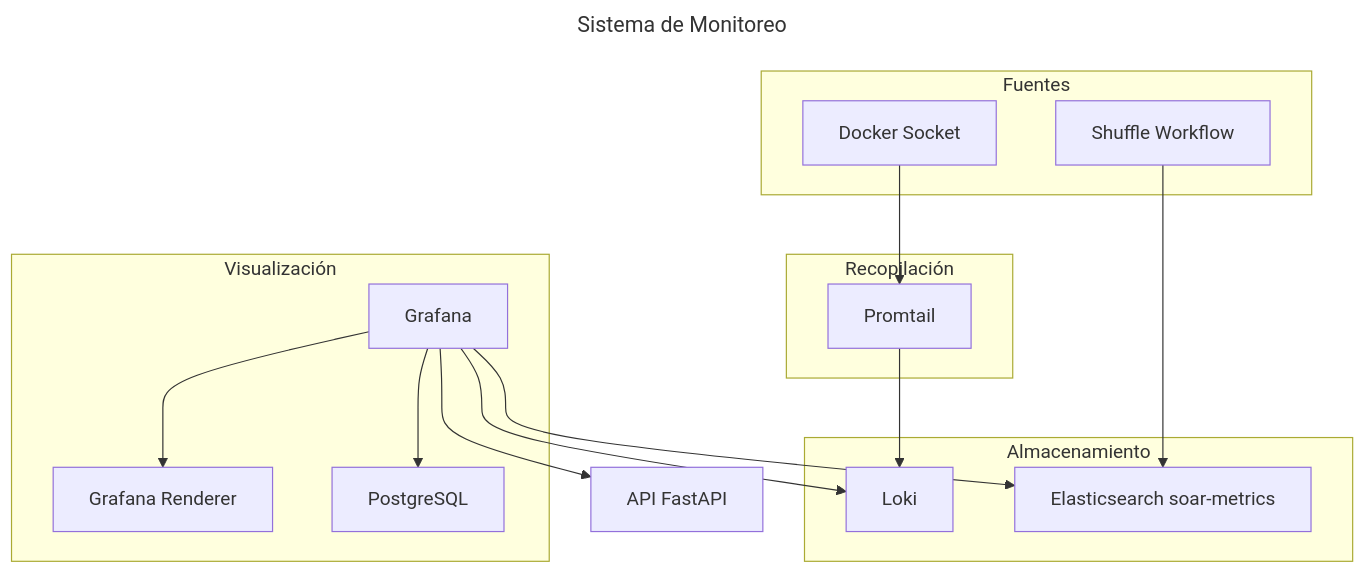
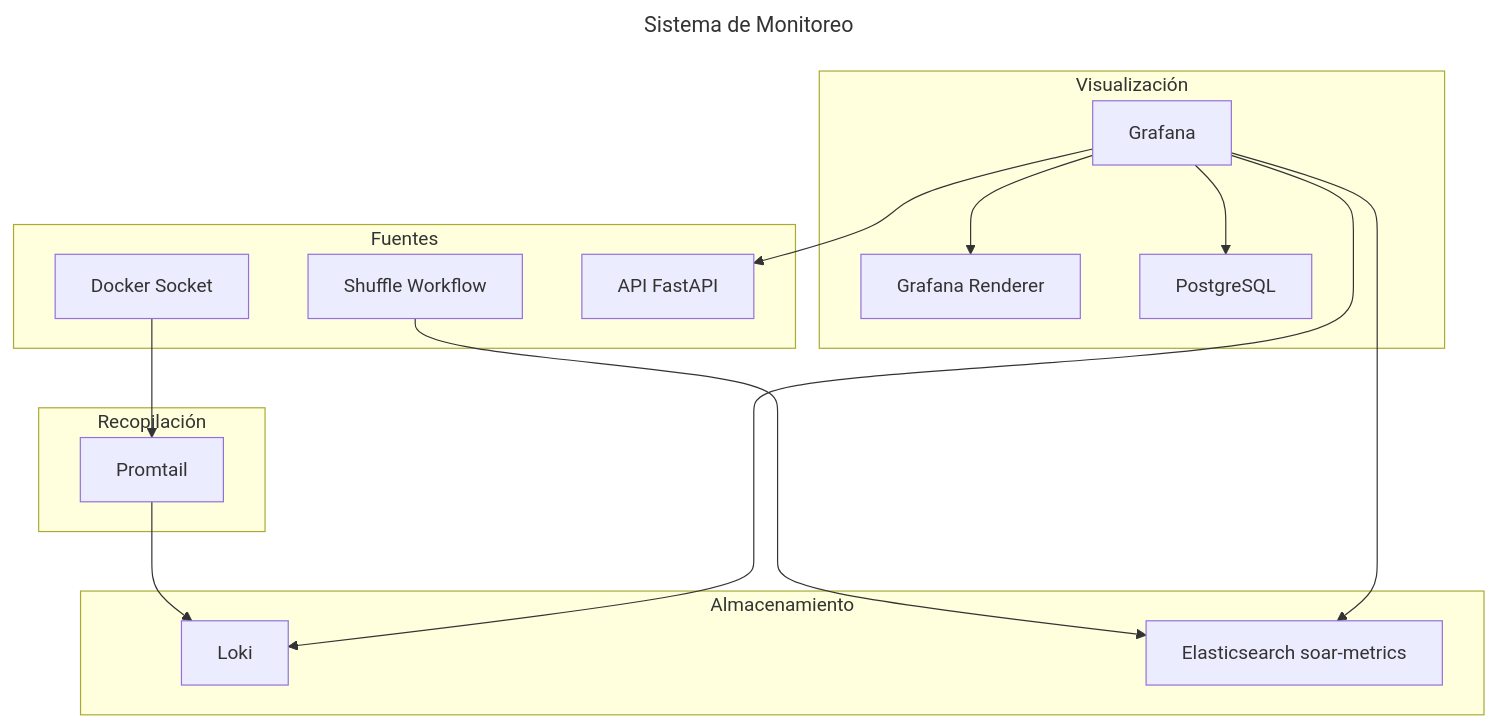
One commit to alesanfe/soar-ransomware-lab changed the sixth of 6 diagrams in docs/thesis/specific_development.md. Above: the diagram before and after it, drawn with Mermaid.

Commit message:
docs(thesis): mover API FastAPI al subgraph Fuentes
API2 estaba definido inline en la flecha G1 --> API2[API FastAPI].
Movido al subgraph Fuentes para consistencia con el resto del
diagrama.

Verificacion completa de la seccion Sistema de Monitoreo:
- 8 flechas del diagrama: todas verificadas contra promtail-config.yml,
  grafana-datasources.yml, docker-compose.logging.yml, workflow_actions.py
- 15 paneles de Tabla 7: todos verificados contra kpi-dashboard.json
  (ids 1-15)
- Objetivos P50 <= 120s, P90 <= 180s: verificados contra descripciones
  de paneles en kpi-dashboard.json
- 3 datasources (Loki, Elasticsearch, SOAR API): verificados contra
  grafana-datasources.yml
- Texto descriptivo: todas las afirmaciones verificadas

````diff
--- a/docs/thesis/specific_development.md
+++ b/docs/thesis/specific_development.md
@@ -432,34 +432,35 @@
 ```mermaid
 ---
 title: Sistema de Monitoreo
 ---
 graph TD
     subgraph Recopilación
         P1[Promtail]
     end
 
     subgraph Almacenamiento
         L1[Loki]
         ES[Elasticsearch soar-metrics]
     end
 
     subgraph Visualización
         G1[Grafana]
         GR[Grafana Renderer]
         PG[PostgreSQL]
     end
 
     subgraph Fuentes
         DK[Docker Socket]
         SH[Shuffle Workflow]
+        API2[API FastAPI]
     end
 
     DK --> P1
     P1 --> L1
     SH --> ES
     G1 --> L1
     G1 --> ES
-    G1 --> API2[API FastAPI]
+    G1 --> API2
     G1 --> PG
     G1 --> GR
 ```
````
